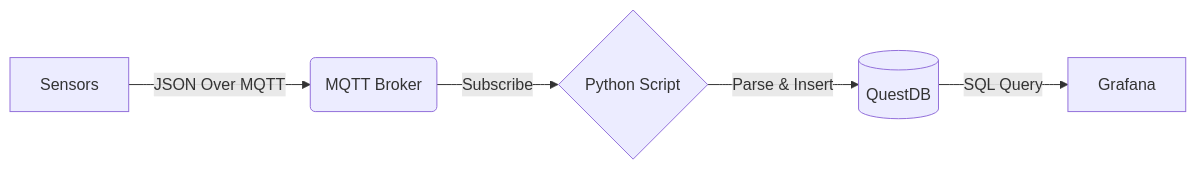
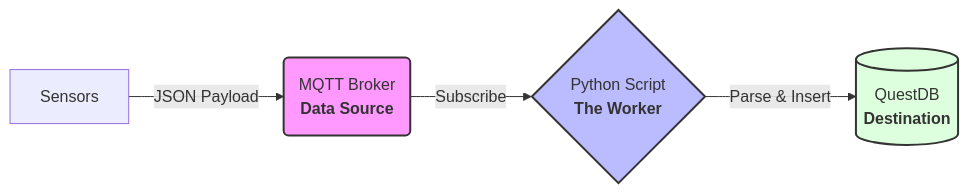
Before and after one commit to shenq0428/shenq0428-iot-main-project: the diagram in mqttbroker-questdb-python/README.md, drawn with Mermaid. The commit also changed other lines of this file and 3 other files, not shown here.

````diff
--- a/mqttbroker-questdb-python/README.md
+++ b/mqttbroker-questdb-python/README.md
@@ -28,7 +28,11 @@
 ```mermaid
 graph LR
-    A[Sensors] -- JSON Over MQTT --> B(MQTT Broker)
-    B -- Subscribe --> C{Python Script}
-    C -- Parse & Insert --> D[(QuestDB)]
-    D -- SQL Query --> E[Grafana]
+    A[Sensors] -- "JSON Payload" --> B(MQTT Broker <br/><b>Data Source</b>)
+    B -- "Subscribe" --> C{Python Script <br/><b>The Worker</b>}
+    C -- "Parse & Insert" --> D[(QuestDB <br/><b>Destination</b>)]
+    
+    %% Style definitions
+    style B fill:#f9f,stroke:#333,stroke-width:2px
+    style C fill:#bbf,stroke:#333,stroke-width:2px
+    style D fill:#dfd,stroke:#333,stroke-width:2px
 ```
````
